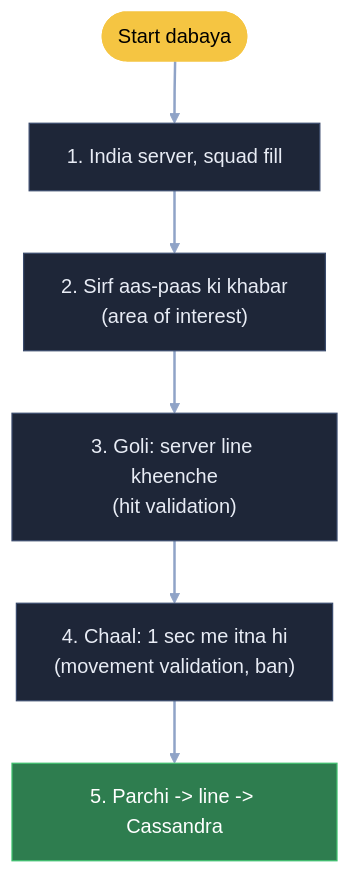
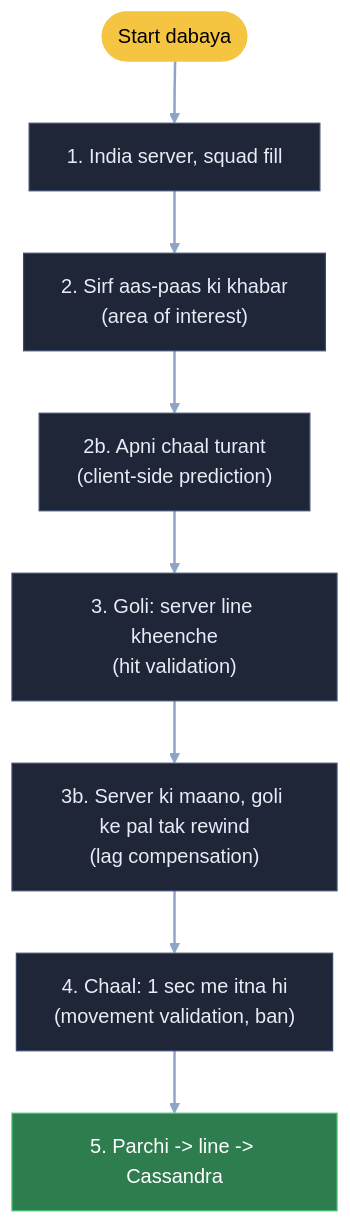
One commit to ArpanMaheshwari144/Prep changed the third of 3 diagrams in 04_HLD/SYSTEM_DESIGNS/20_pubg/20_pubg.md. Above: the diagram before and after it, drawn with Mermaid (neutral theme). The commit also changed other lines of this file and 1 other file, not shown here.

Commit message:
PUBG done (URL saancha): Ek nazar dhaancha + dikkat chain, FR / NFR Arpan ke (phone garam hata, 2b client prediction + 3b insaaf wali goli NFR me), Wrap me 2b / 3b

````diff
--- a/04_HLD/SYSTEM_DESIGNS/20_pubg/20_pubg.md
+++ b/04_HLD/SYSTEM_DESIGNS/20_pubg/20_pubg.md
@@ -203,14 +228,16 @@
 ```mermaid
 flowchart TB
     ST(["Start dabaya"]):::pill
     MM["1. India server, squad fill"]:::card
     AOI["2. Sirf aas-paas ki khabar<br/>(area of interest)"]:::card
     HIT["3. Goli: server line kheenche<br/>(hit validation)"]:::card
+    PRED["2b. Apni chaal turant<br/>(client-side prediction)"]:::card
+    REW["3b. Server ki maano, goli ke pal tak rewind<br/>(lag compensation)"]:::card
     MOV["4. Chaal: 1 sec me itna hi<br/>(movement validation, ban)"]:::card
     END["5. Parchi -> line -> Cassandra"]:::good
-    ST --> MM --> AOI --> HIT --> MOV --> END
+    ST --> MM --> AOI --> PRED --> HIT --> REW --> MOV --> END
     linkStyle default stroke:#8fa3c7,stroke-width:2px
     classDef card fill:#1e2638,stroke:#3a4a6b,color:#e8ecf5
     classDef pill fill:#f5c542,stroke:#f5c542,color:#000
     classDef good fill:#2e7d4f,stroke:#3fbf6f,color:#fff
 ```
````
